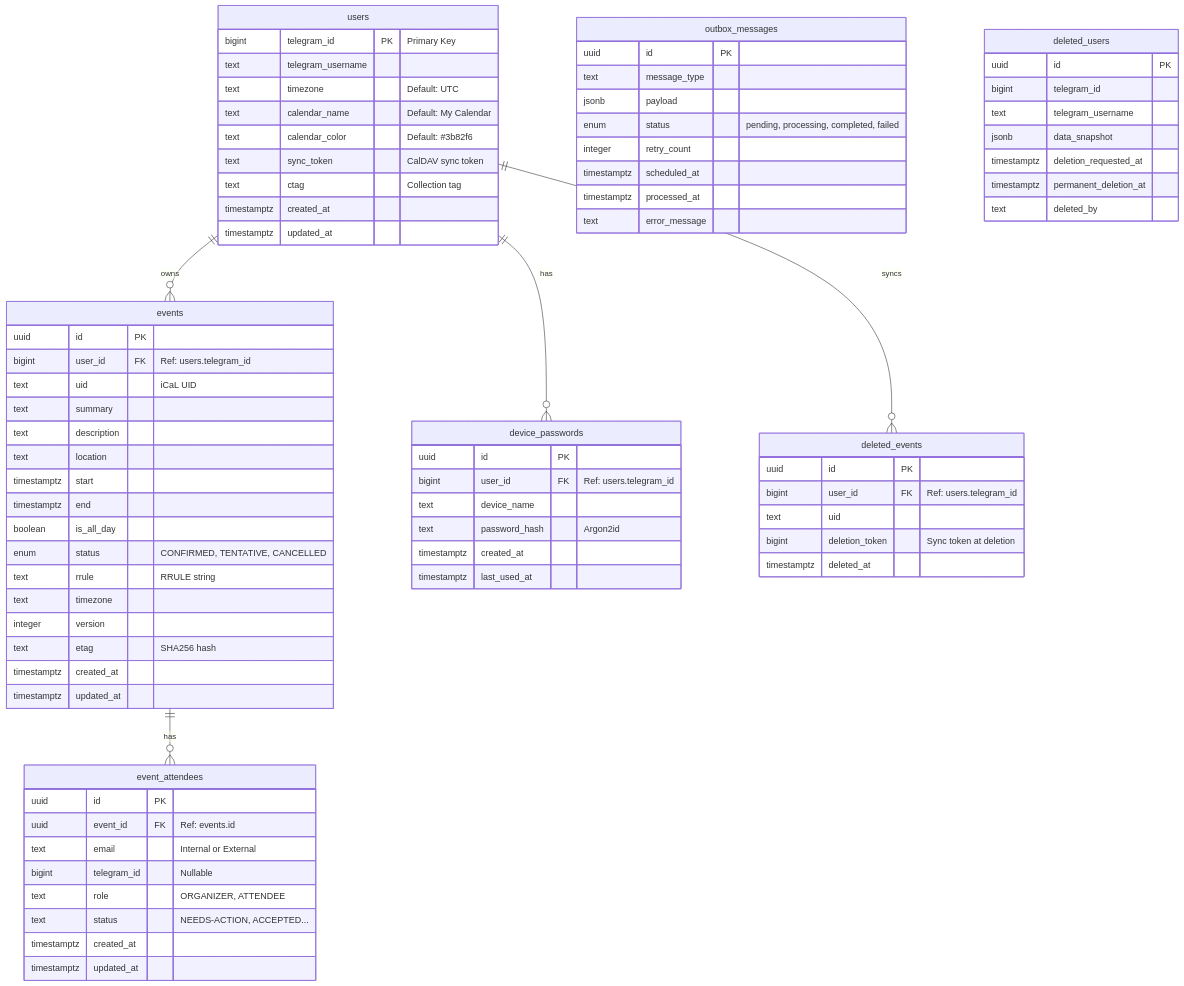
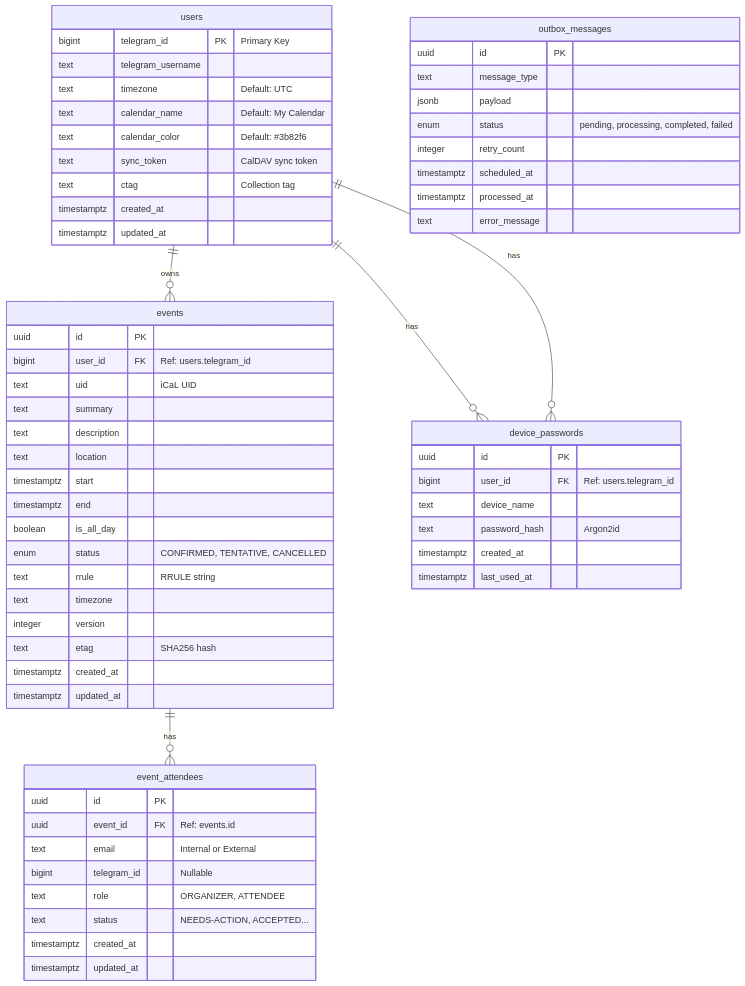
Before and after one commit to kirilledition/televent: the second of 2 diagrams in README.md, drawn with Mermaid. The commit also changed other lines of this file and 11 other files, not shown here.

Commit message:
Remove database and API support for tracking deleted events and relocate the devcontainer configuration.

````diff
--- a/README.md
+++ b/README.md
@@ -56,7 +56,7 @@
 erDiagram
     users ||--o{ events : "owns"
     users ||--o{ device_passwords : "has"
-    users ||--o{ deleted_events : "syncs"
+    users ||--o{ device_passwords : "has"
     events ||--o{ event_attendees : "has"
 
     users {
@@ -99,13 +99,7 @@
         timestamptz last_used_at
     }
 
-    deleted_events {
-        uuid id PK
-        bigint user_id FK "Ref: users.telegram_id"
-        text uid
-        bigint deletion_token "Sync token at deletion"
-        timestamptz deleted_at
-    }
+
 
     event_attendees {
         uuid id PK
@@ -129,13 +123,5 @@
         text error_message
     }
 
-    deleted_users {
-        uuid id PK
-        bigint telegram_id
-        text telegram_username
-        jsonb data_snapshot
-        timestamptz deletion_requested_at
-        timestamptz permanent_deletion_at
-        text deleted_by
-    }
+
 ```
````
